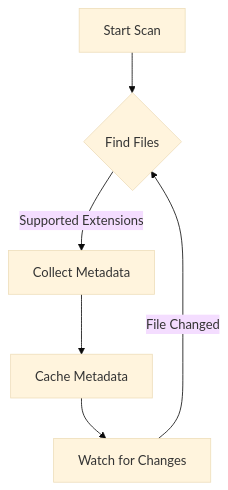
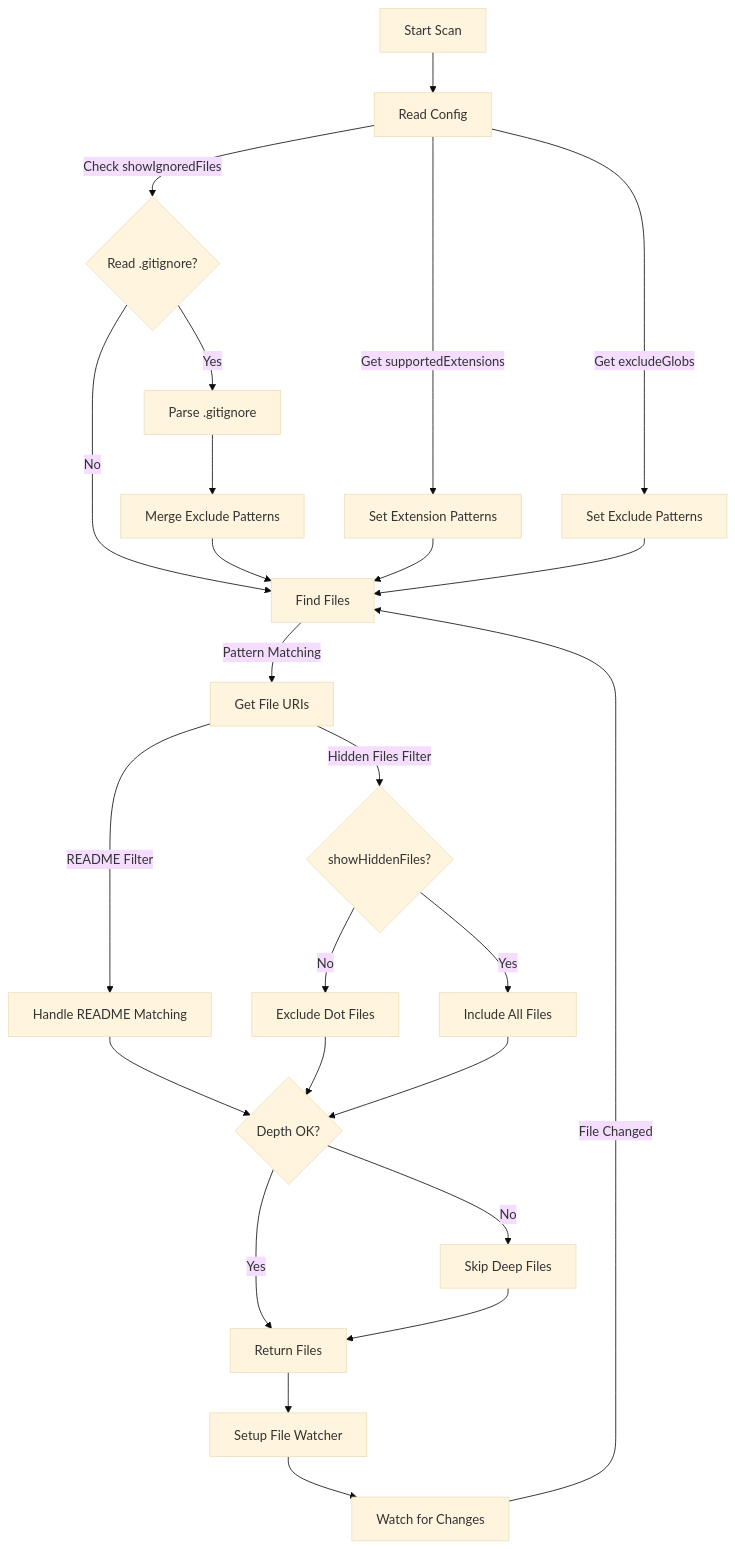
The diagram in docs/architecture/scanner.md (AlexJSully/workspace-wiki), drawn with Mermaid (base theme) before and after one commit. The commit also changed other lines of this file and 8 other files, not shown here.

````diff
--- a/docs/architecture/scanner.md
+++ b/docs/architecture/scanner.md
@@ -57,8 +57,27 @@
 ```mermaid
 flowchart TD
-	A[Start Scan] --> B{Find Files}
-	B -->|Supported Extensions| C[Collect Metadata]
-	C --> D[Cache Metadata]
-	D --> E[Watch for Changes]
-	E -->|File Changed| B
+	A[Start Scan] --> B[Read Config]
+	B -->|Get supportedExtensions| C[Set Extension Patterns]
+	B -->|Get excludeGlobs| D[Set Exclude Patterns]
+	B -->|Check showIgnoredFiles| E{Read .gitignore?}
+	E -->|Yes| F[Parse .gitignore]
+	E -->|No| G[Find Files]
+	F --> H[Merge Exclude Patterns]
+	H --> G
+	C --> G
+	D --> G
+	G -->|Pattern Matching| I[Get File URIs]
+	I -->|README Filter| J[Handle README Matching]
+	I -->|Hidden Files Filter| K{showHiddenFiles?}
+	K -->|No| L[Exclude Dot Files]
+	K -->|Yes| M[Include All Files]
+	J --> N{Depth OK?}
+	N -->|Yes| O[Return Files]
+	N -->|No| P[Skip Deep Files]
+	P --> O
+	L --> N
+	M --> N
+	O --> Q[Setup File Watcher]
+	Q --> R[Watch for Changes]
+	R -->|File Changed| G
 ```
````
